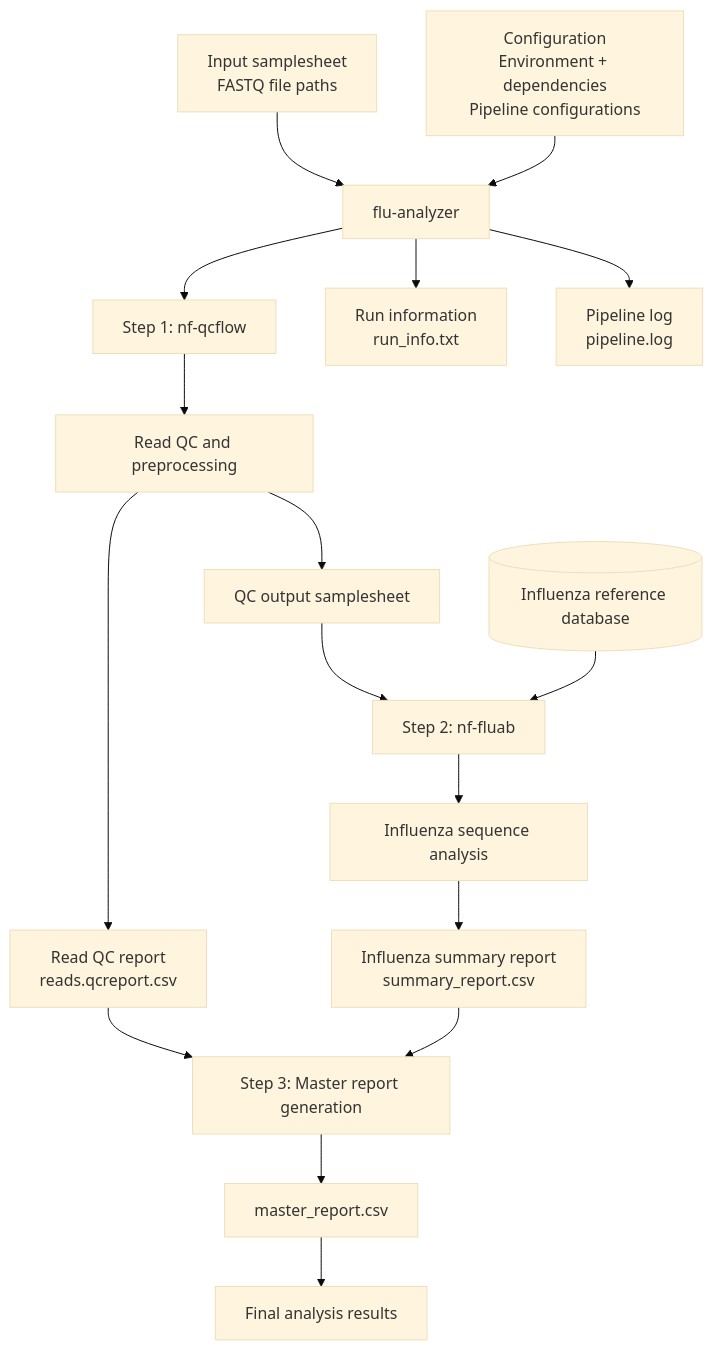
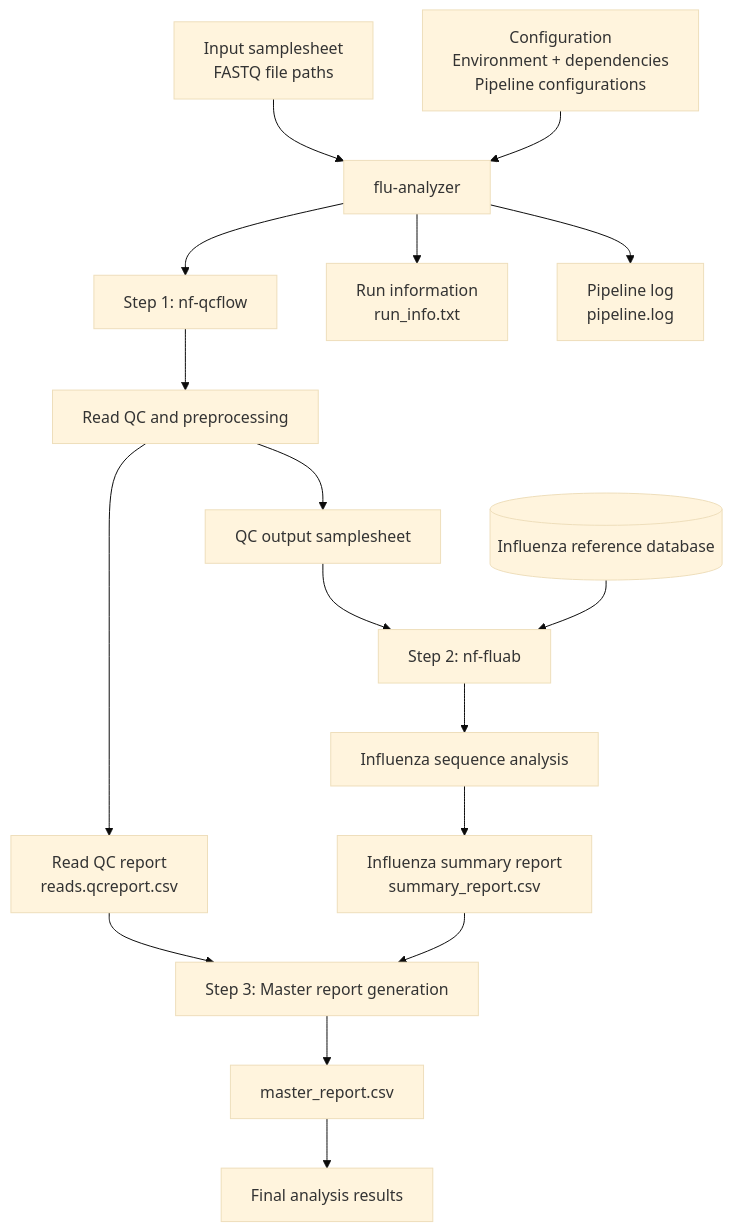
Before and after one commit to provlab-bioinfo/flu-analyzer: the diagram in README.md, drawn with Mermaid (base theme).

Commit message:
Enhance README with workflow mermaid diagram
Added a mermaid diagram to illustrate the workflow overview.

````diff
--- a/README.md
+++ b/README.md
@@ -13,26 +13,27 @@
 ```mermaid
+%%{init: {"flowchart": {"wrappingWidth": 350}}}%%
 flowchart TD
     A["Input samplesheet<br/>FASTQ file paths"] --> B["flu-analyzer"]
 
     C["Configuration<br/>Environment + dependencies<br/>Pipeline configurations"] --> B
 
     B --> D["Step 1: nf-qcflow"]
     D --> E["Read QC and preprocessing"]
     E --> F["QC output samplesheet"]
 
     F --> G["Step 2: nf-fluab"]
     H[("Influenza reference database")] --> G
     G --> I["Influenza sequence analysis"]
 
     E --> J["Read QC report<br/>reads.qcreport.csv"]
     I --> K["Influenza summary report<br/>summary_report.csv"]
 
     J --> L["Step 3: Master report generation"]
     K --> L
     L --> M["master_report.csv"]
 
     B --> N["Run information<br/>run_info.txt"]
     B --> O["Pipeline log<br/>pipeline.log"]
 
     M --> P["Final analysis results"]
 ```
````
